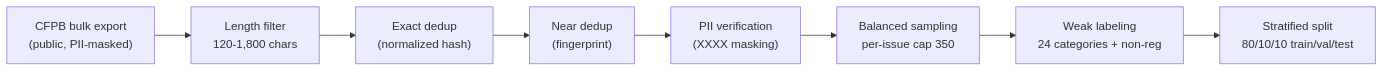
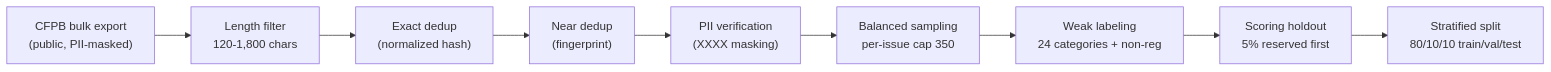
The diagram in docs/complaint_model/00_data_profile.md (zabahana/reg-agents), drawn with Mermaid before and after one commit. The commit also changed other lines of this file and 39 other files, not shown here.

First line of the commit message:
Batch-scoring ingestion layer: 5% scoring holdout + triggerable pipeline + UI upload

````diff
--- a/docs/complaint_model/00_data_profile.md
+++ b/docs/complaint_model/00_data_profile.md
@@ -7,18 +7,20 @@
 ```mermaid
 flowchart LR
     A["CFPB bulk export
 (public, PII-masked)"] --> B["Length filter
 120-1,800 chars"]
     B --> C["Exact dedup
 (normalized hash)"]
     C --> D["Near dedup
 (fingerprint)"]
     D --> E["PII verification
 (XXXX masking)"]
     E --> F["Balanced sampling
 per-issue cap 350"]
     F --> G["Weak labeling
 24 categories + non-reg"]
-    G --> H["Stratified split
+    G --> H["Scoring holdout
+5% reserved first"]
+    H --> I["Stratified split
 80/10/10 train/val/test"]
 ```
````
